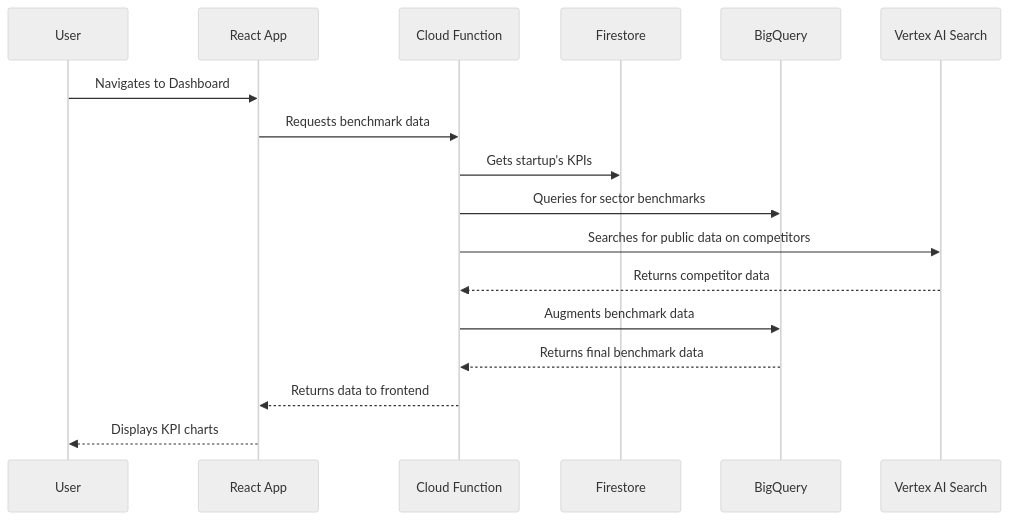
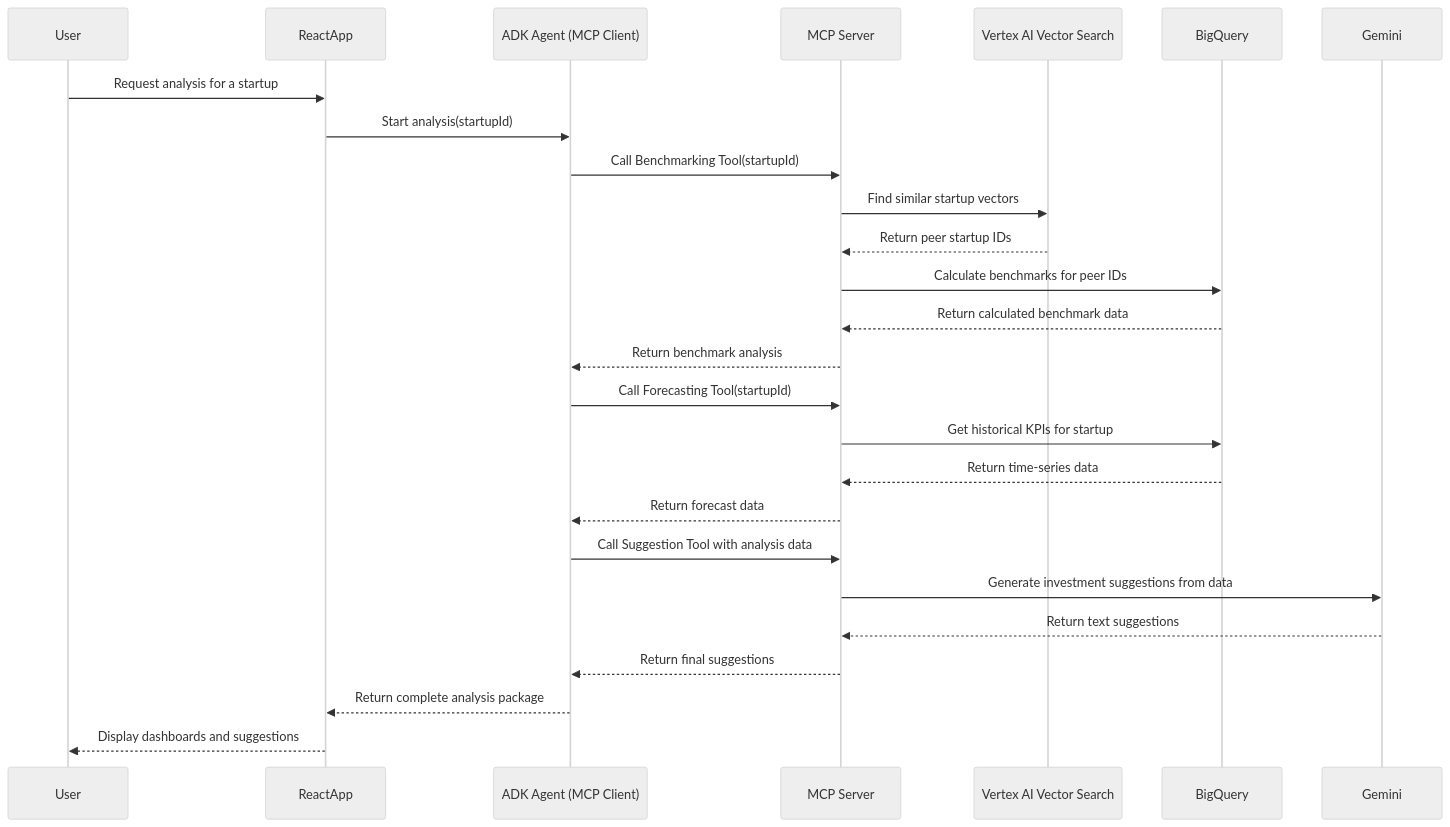
One commit to bakiyaa/AI-startup-Evaluator changed the second of 2 diagrams in usecase2.md. Above: the diagram before and after it, drawn with Mermaid (neutral theme). The commit also changed other lines of this file, not shown here.

Commit message:
docs: Refine Usecase2 with hybrid AI-analytics architecture

````diff
--- a/usecase2.md
+++ b/usecase2.md
@@ -22,20 +45,33 @@
 ```mermaid
 sequenceDiagram
     participant User
-    participant ReactApp as React App
-    participant CloudFunction as Cloud Function
-    participant Firestore
+    participant ReactApp
+    participant ADKAgent as ADK Agent (MCP Client)
+    participant MCPServer as MCP Server
+    participant VectorSearch as Vertex AI Vector Search
     participant BigQuery
-    participant VertexAISearch as Vertex AI Search
+    participant Gemini
 
-    User->>ReactApp: Navigates to Dashboard
-    ReactApp->>CloudFunction: Requests benchmark data
-    CloudFunction->>Firestore: Gets startup's KPIs
-    CloudFunction->>BigQuery: Queries for sector benchmarks
-    CloudFunction->>VertexAISearch: Searches for public data on competitors
-    VertexAISearch-->>CloudFunction: Returns competitor data
-    CloudFunction->>BigQuery: Augments benchmark data
-    BigQuery-->>CloudFunction: Returns final benchmark data
-    CloudFunction-->>ReactApp: Returns data to frontend
-    ReactApp-->>User: Displays KPI charts
+    User->>ReactApp: Request analysis for a startup
+    ReactApp->>ADKAgent: Start analysis(startupId)
+
+    ADKAgent->>MCPServer: Call Benchmarking Tool(startupId)
+    MCPServer->>VectorSearch: Find similar startup vectors
+    VectorSearch-->>MCPServer: Return peer startup IDs
+    MCPServer->>BigQuery: Calculate benchmarks for peer IDs
+    BigQuery-->>MCPServer: Return calculated benchmark data
+    MCPServer-->>ADKAgent: Return benchmark analysis
+
+    ADKAgent->>MCPServer: Call Forecasting Tool(startupId)
+    MCPServer->>BigQuery: Get historical KPIs for startup
+    BigQuery-->>MCPServer: Return time-series data
+    MCPServer-->>ADKAgent: Return forecast data
+
+    ADKAgent->>MCPServer: Call Suggestion Tool with analysis data
+    MCPServer->>Gemini: Generate investment suggestions from data
+    Gemini-->>MCPServer: Return text suggestions
+    MCPServer-->>ADKAgent: Return final suggestions
+
+    ADKAgent-->>ReactApp: Return complete analysis package
+    ReactApp-->>User: Display dashboards and suggestions
 ```
````
